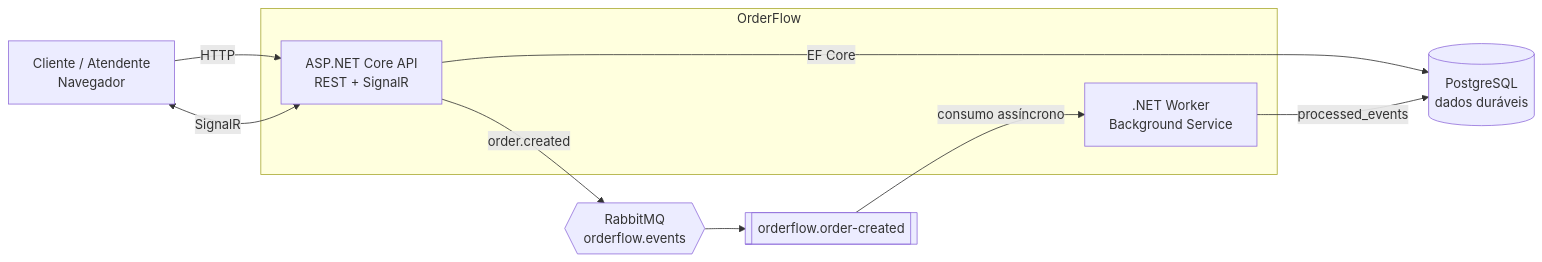
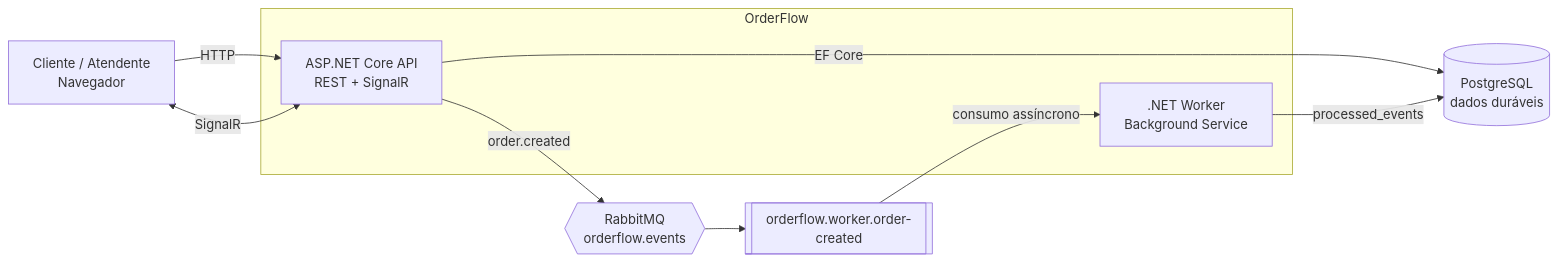
Before and after one commit to barbosamg/orderflow: the first of 3 diagrams in README.md, drawn with Mermaid. The commit also changed 3 other files, not shown here.

````diff
--- a/README.md
+++ b/README.md
@@ -97,21 +97,21 @@
 ```mermaid
 flowchart LR
     Client[Cliente / Atendente<br/>Navegador]
 
     subgraph Application[OrderFlow]
         API[ASP.NET Core API<br/>REST + SignalR]
         Worker[.NET Worker<br/>Background Service]
     end
 
     DB[(PostgreSQL<br/>dados duráveis)]
     Exchange{{RabbitMQ<br/>orderflow.events}}
-    Queue[[orderflow.order-created]]
+    Queue[[orderflow.worker.order-created]]
 
     Client -->|HTTP| API
     Client <-->|SignalR| API
     API -->|EF Core| DB
     API -->|order.created| Exchange
     Exchange --> Queue
     Queue -->|consumo assíncrono| Worker
     Worker -->|processed_events| DB
 ```
````
